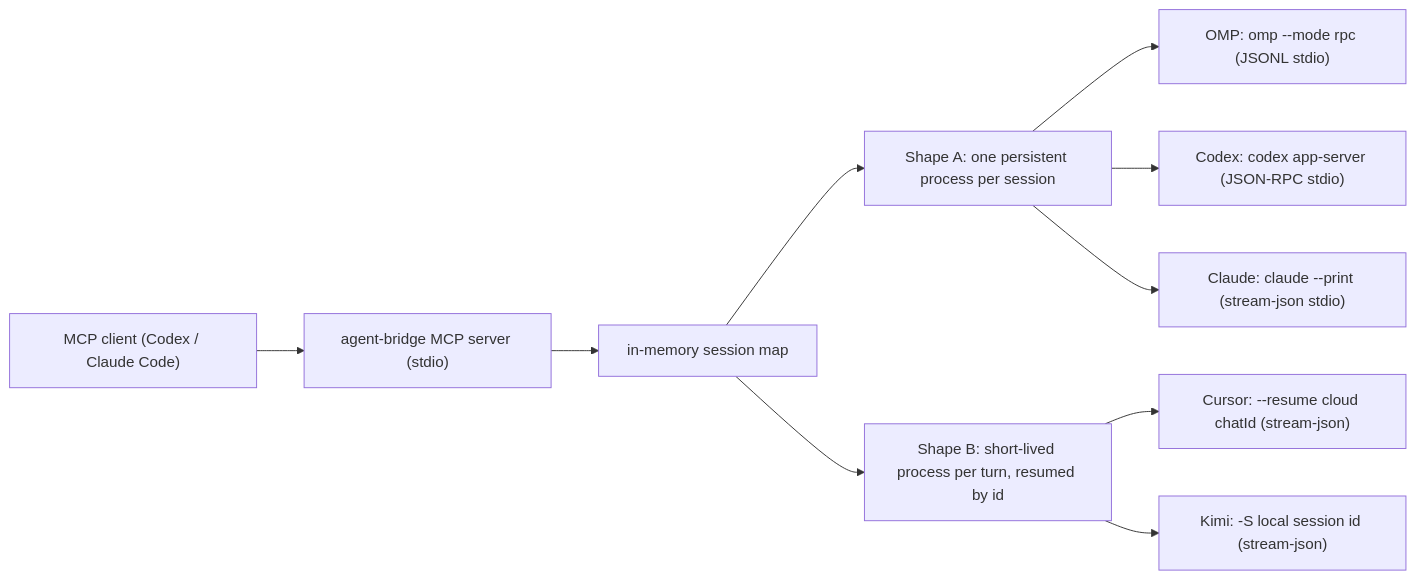
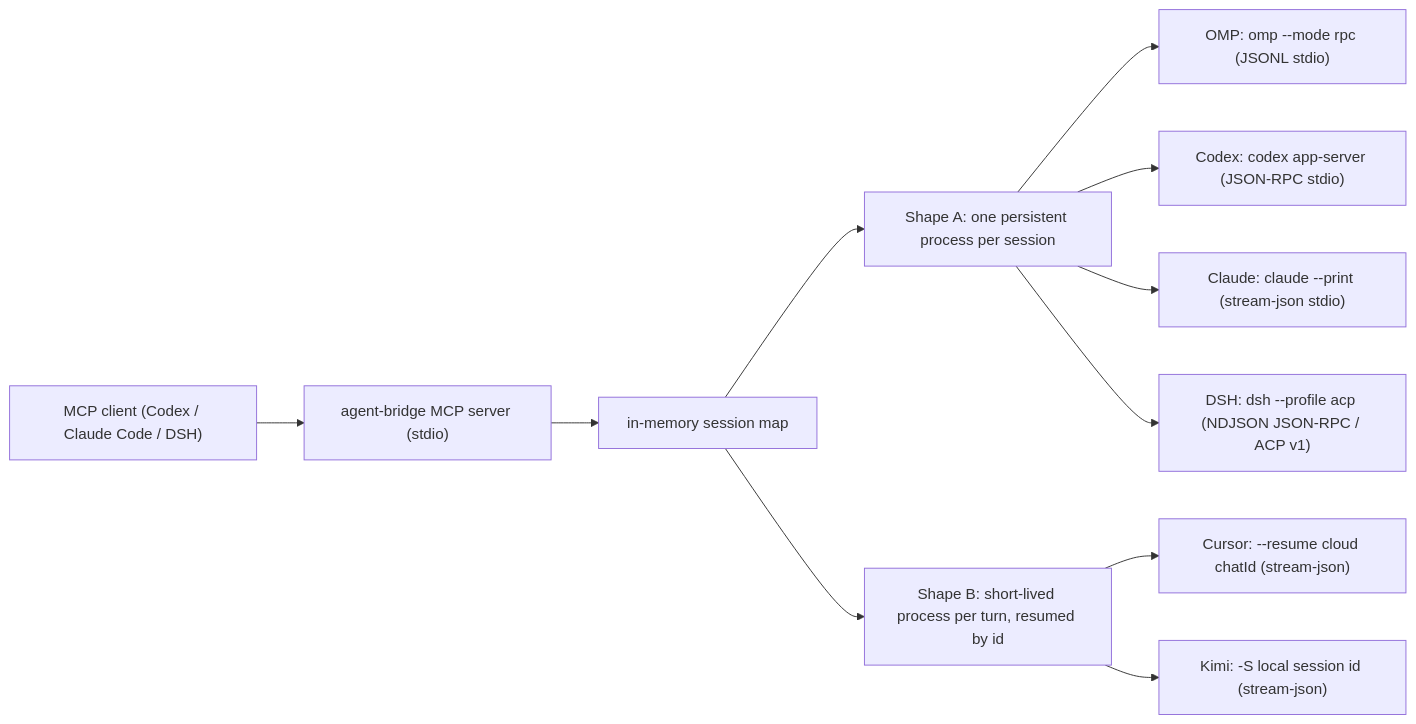
Before and after one commit to LeoWang329/agent-bridge: the diagram in docs/DEVELOPMENT.md, drawn with Mermaid. The commit also changed other lines of this file and 34 other files, not shown here.

First line of the commit message:
release: v0.12.0 —— 新增 dsh(DeepSeek Harness ACP)后端 + 修复 Electron 宿主下 owner 误杀

````diff
--- a/docs/DEVELOPMENT.md
+++ b/docs/DEVELOPMENT.md
@@ -45,12 +46,13 @@
 ```mermaid
 flowchart LR
-  Client["MCP client (Codex / Claude Code)"] --> Bridge["agent-bridge MCP server (stdio)"]
+  Client["MCP client (Codex / Claude Code / DSH)"] --> Bridge["agent-bridge MCP server (stdio)"]
   Bridge --> Sessions["in-memory session map"]
   Sessions --> ShapeA["Shape A: one persistent process per session"]
   Sessions --> ShapeB["Shape B: short-lived process per turn, resumed by id"]
   ShapeA --> OMP["OMP: omp --mode rpc (JSONL stdio)"]
   ShapeA --> CDX["Codex: codex app-server (JSON-RPC stdio)"]
   ShapeA --> CLA["Claude: claude --print (stream-json stdio)"]
+  ShapeA --> DSH["DSH: dsh --profile acp (NDJSON JSON-RPC / ACP v1)"]
   ShapeB --> CUR["Cursor: --resume cloud chatId (stream-json)"]
   ShapeB --> KIM["Kimi: -S local session id (stream-json)"]
 ```
````
